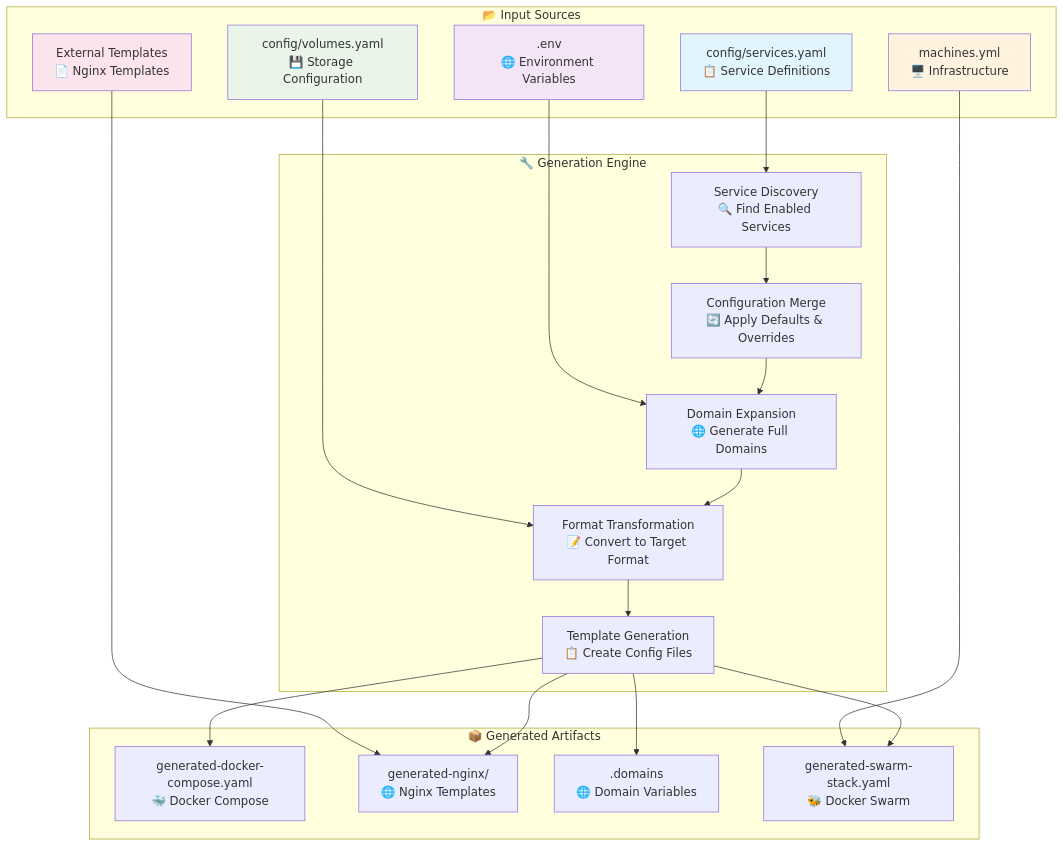
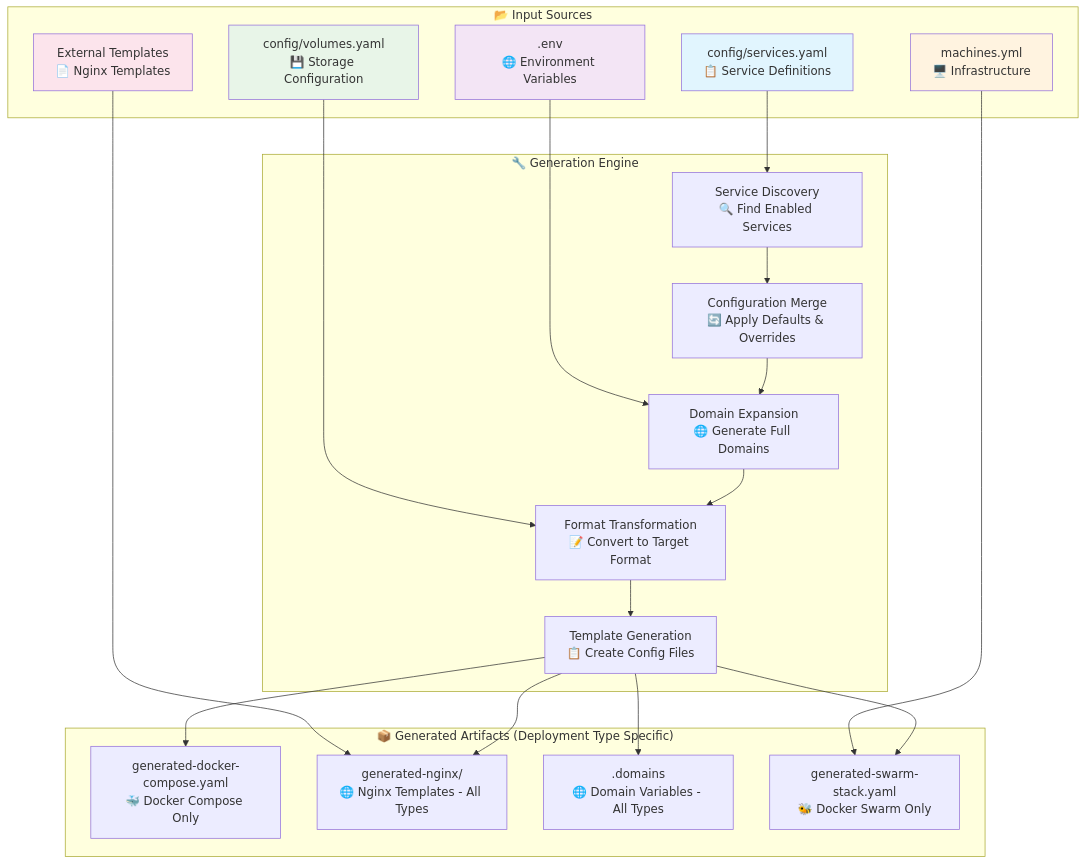
Before and after one commit to chutch3/homelab: the first of 7 diagrams in analysis/shared/data-flow-diagrams.md, drawn with Mermaid. The commit also changed other lines of this file and 1 other file, not shown here.

First line of the commit message:
fix: correct shared analyses for deployment type exclusivity

````diff
--- a/analysis/shared/data-flow-diagrams.md
+++ b/analysis/shared/data-flow-diagrams.md
@@ -13,47 +14,47 @@
 ```mermaid
 graph TD
     subgraph "📂 Input Sources"
         A[config/services.yaml<br/>📋 Service Definitions]
         B[.env<br/>🌐 Environment Variables]
         C[config/volumes.yaml<br/>💾 Storage Configuration]
         D[machines.yml<br/>🖥️ Infrastructure]
         E[External Templates<br/>📄 Nginx Templates]
     end
 
     subgraph "🔧 Generation Engine"
         F[Service Discovery<br/>🔍 Find Enabled Services]
         G[Configuration Merge<br/>🔄 Apply Defaults & Overrides]
         H[Domain Expansion<br/>🌐 Generate Full Domains]
         I[Format Transformation<br/>📝 Convert to Target Format]
         J[Template Generation<br/>📋 Create Config Files]
     end
 
-    subgraph "📦 Generated Artifacts"
-        K[generated-docker-compose.yaml<br/>🐳 Docker Compose]
-        L[generated-nginx/<br/>🌐 Nginx Templates]
-        M[.domains<br/>🌐 Domain Variables]
-        N[generated-swarm-stack.yaml<br/>🐝 Docker Swarm]
+    subgraph "📦 Generated Artifacts (Deployment Type Specific)"
+        K[generated-docker-compose.yaml<br/>🐳 Docker Compose Only]
+        L[generated-nginx/<br/>🌐 Nginx Templates - All Types]
+        M[.domains<br/>🌐 Domain Variables - All Types]
+        N[generated-swarm-stack.yaml<br/>🐝 Docker Swarm Only]
     end
 
     A --> F
     B --> H
     C --> I
     D --> N
     E --> L
 
     F --> G
     G --> H
     H --> I
     I --> J
 
     J --> K
     J --> L
     J --> M
     J --> N
 
     style A fill:#e1f5fe
     style B fill:#f3e5f5
     style C fill:#e8f5e8
     style D fill:#fff3e0
     style E fill:#fce4ec
 ```
````
